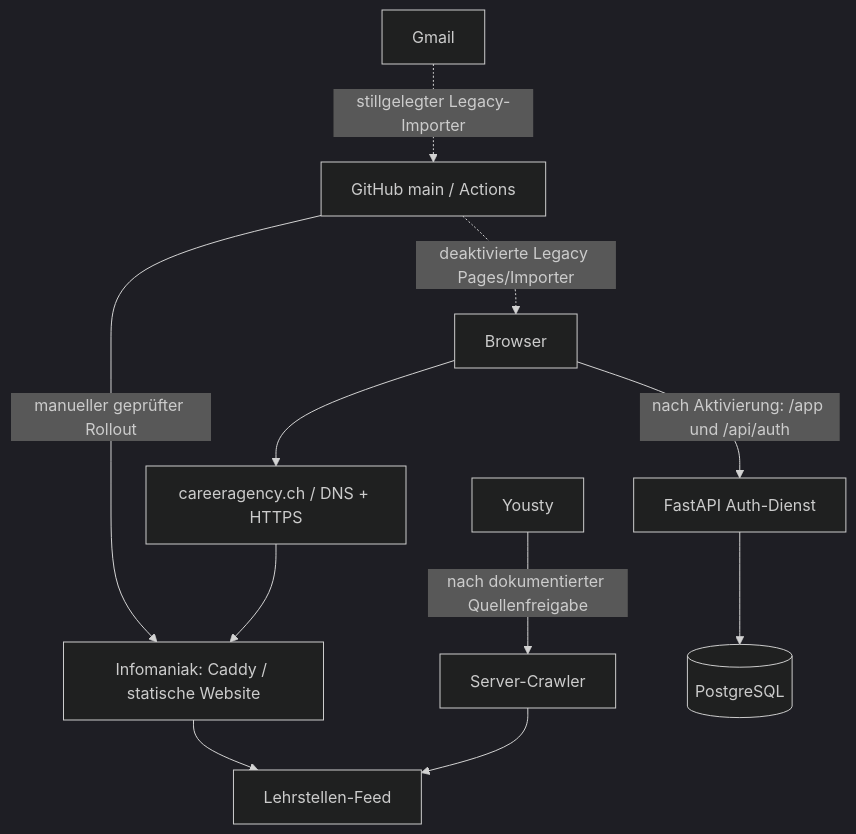
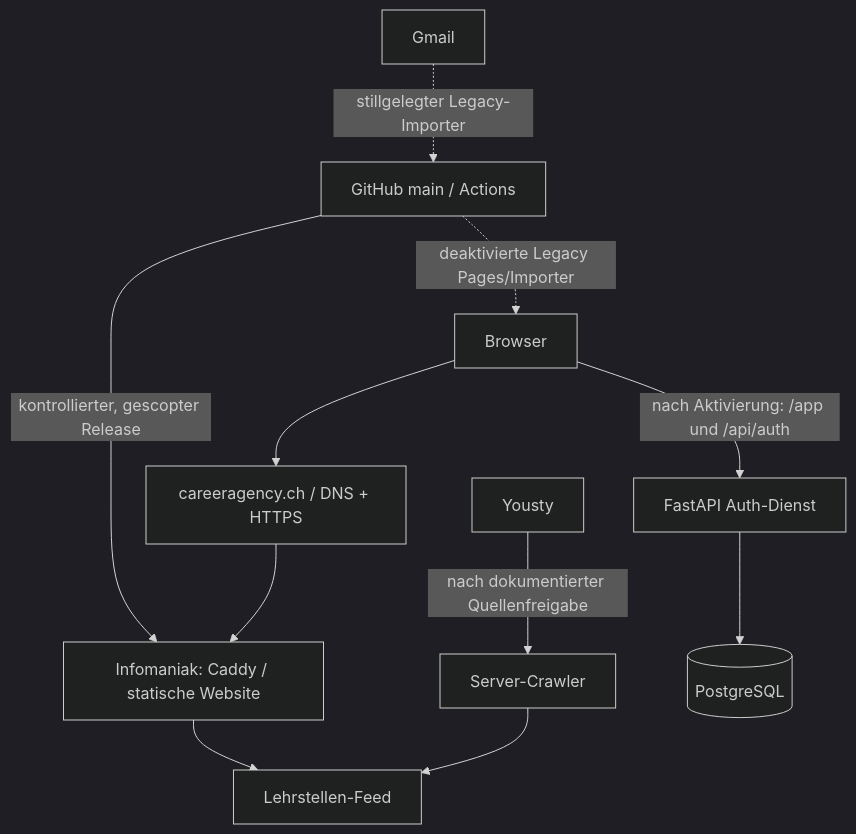
Before and after one commit to Coco1the8creator7/bewerbungs-agent: the diagram in docs/operations/server-map.md, drawn with Mermaid (dark theme). The commit also changed other lines of this file and 7 other files, not shown here.

````diff
--- a/docs/operations/server-map.md
+++ b/docs/operations/server-map.md
@@ -18,13 +18,13 @@
 ```mermaid
 flowchart TD
  B[Browser] --> D[careeragency.ch / DNS + HTTPS]
  D --> C[Infomaniak: Caddy / statische Website]
  C --> F[Lehrstellen-Feed]
  B -->|nach Aktivierung: /app und /api/auth| A[FastAPI Auth-Dienst]
  A --> DB[(PostgreSQL)]
- GH[GitHub main / Actions] -->|manueller geprüfter Rollout| C
+ GH[GitHub main / Actions] -->|kontrollierter, gescopter Release| C
  GH -.->|deaktivierte Legacy Pages/Importer| B
  G[Gmail] -.->|stillgelegter Legacy-Importer| GH
  Y[Yousty] -->|nach dokumentierter Quellenfreigabe| K[Server-Crawler]
  K --> F
 ```
````
